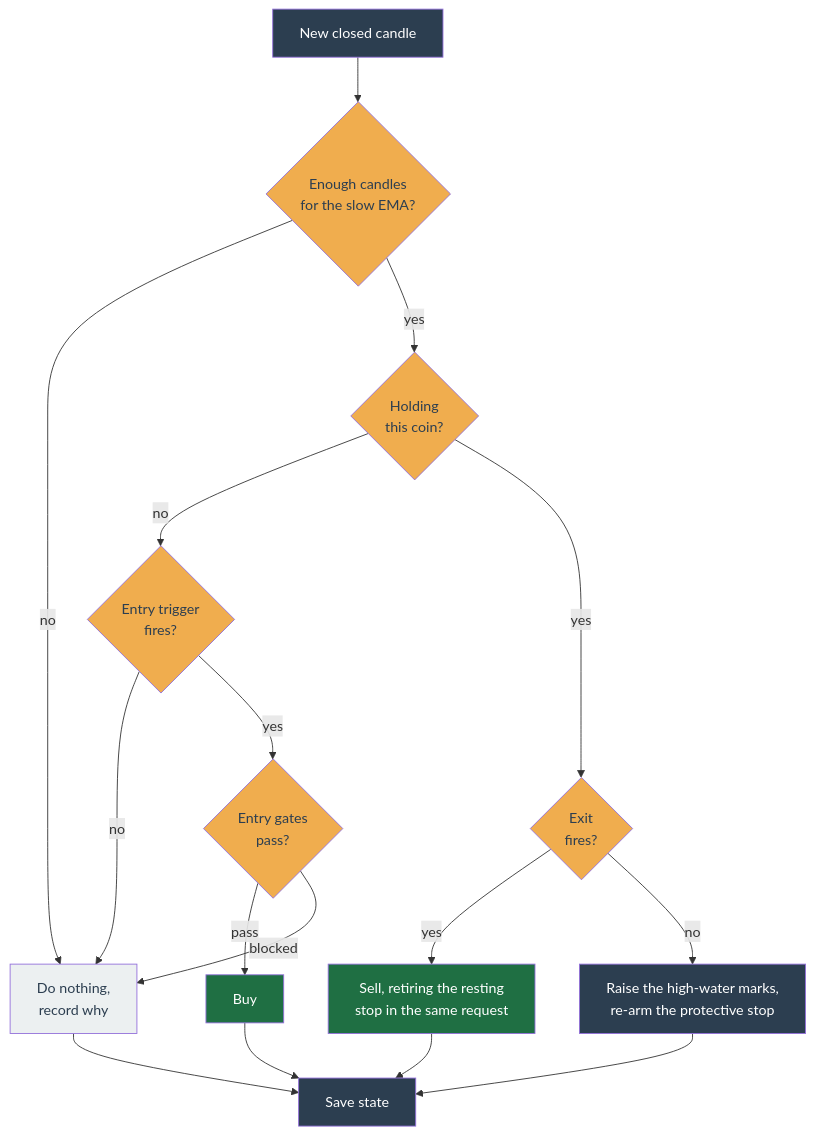
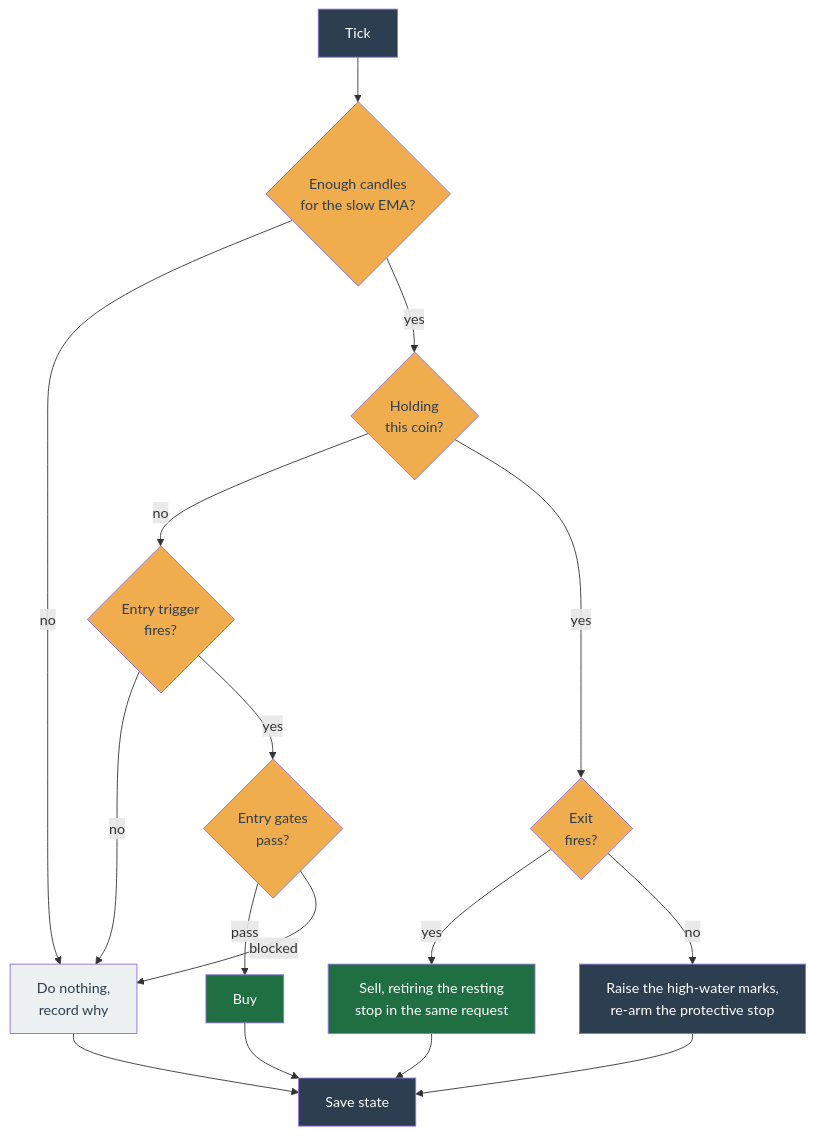
Before and after one commit to chrisleekr/binance-trading-bot: the first of 2 diagrams in docs/concepts/strategies/momentum.md, drawn with Mermaid. The commit also changed other lines of this file and 11 other files, not shown here.

````diff
--- a/docs/concepts/strategies/momentum.md
+++ b/docs/concepts/strategies/momentum.md
@@ -24,31 +24,31 @@
 ```mermaid
 flowchart TD
-    Start["New closed candle"]:::io
+    Start["Tick"]:::io
     Warm{"Enough candles<br/>for the slow EMA?"}:::gate
     Held{"Holding<br/>this coin?"}:::gate
     Trigger{"Entry trigger<br/>fires?"}:::gate
     Gates{"Entry gates<br/>pass?"}:::gate
     Buy["Buy"]:::act
     Exit{"Exit<br/>fires?"}:::gate
     Sell["Sell, retiring the resting<br/>stop in the same request"]:::act
     Ratchet["Raise the high-water marks,<br/>re-arm the protective stop"]:::io
     Wait["Do nothing,<br/>record why"]:::wait
     Save["Save state"]:::io
 
     Start --> Warm
     Warm -->|no| Wait
     Warm -->|yes| Held
     Held -->|no| Trigger
     Trigger -->|no| Wait
     Trigger -->|yes| Gates
     Gates -->|pass| Buy --> Save
     Gates -->|blocked| Wait --> Save
     Held -->|yes| Exit
     Exit -->|yes| Sell --> Save
     Exit -->|no| Ratchet --> Save
 
     classDef io fill:#2c3e50,color:#ffffff;
     classDef gate fill:#f0ad4e,color:#2c3e50;
     classDef act fill:#1f6f43,color:#ffffff;
     classDef wait fill:#ecf0f1,color:#2c3e50;
 ```
````
